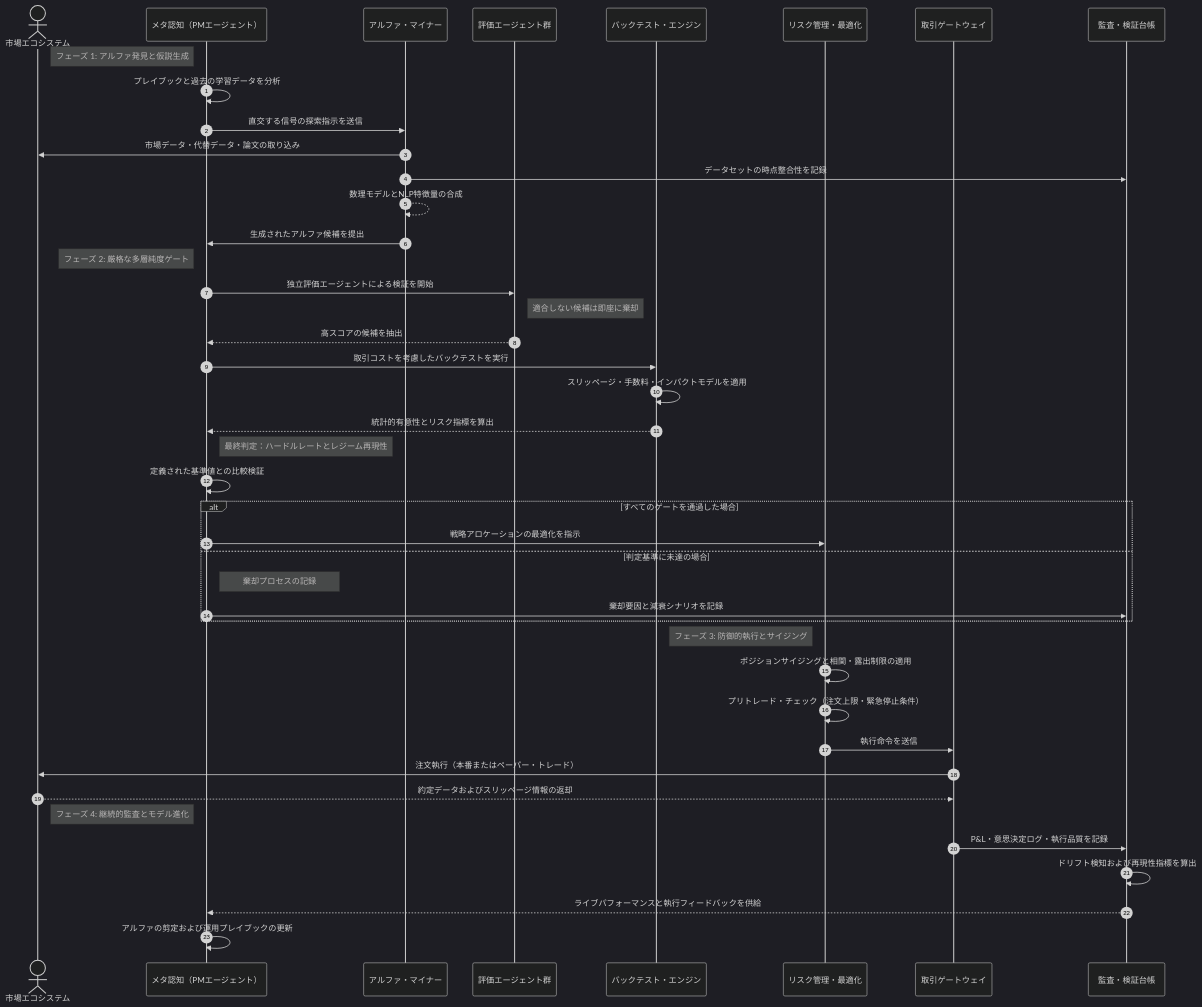
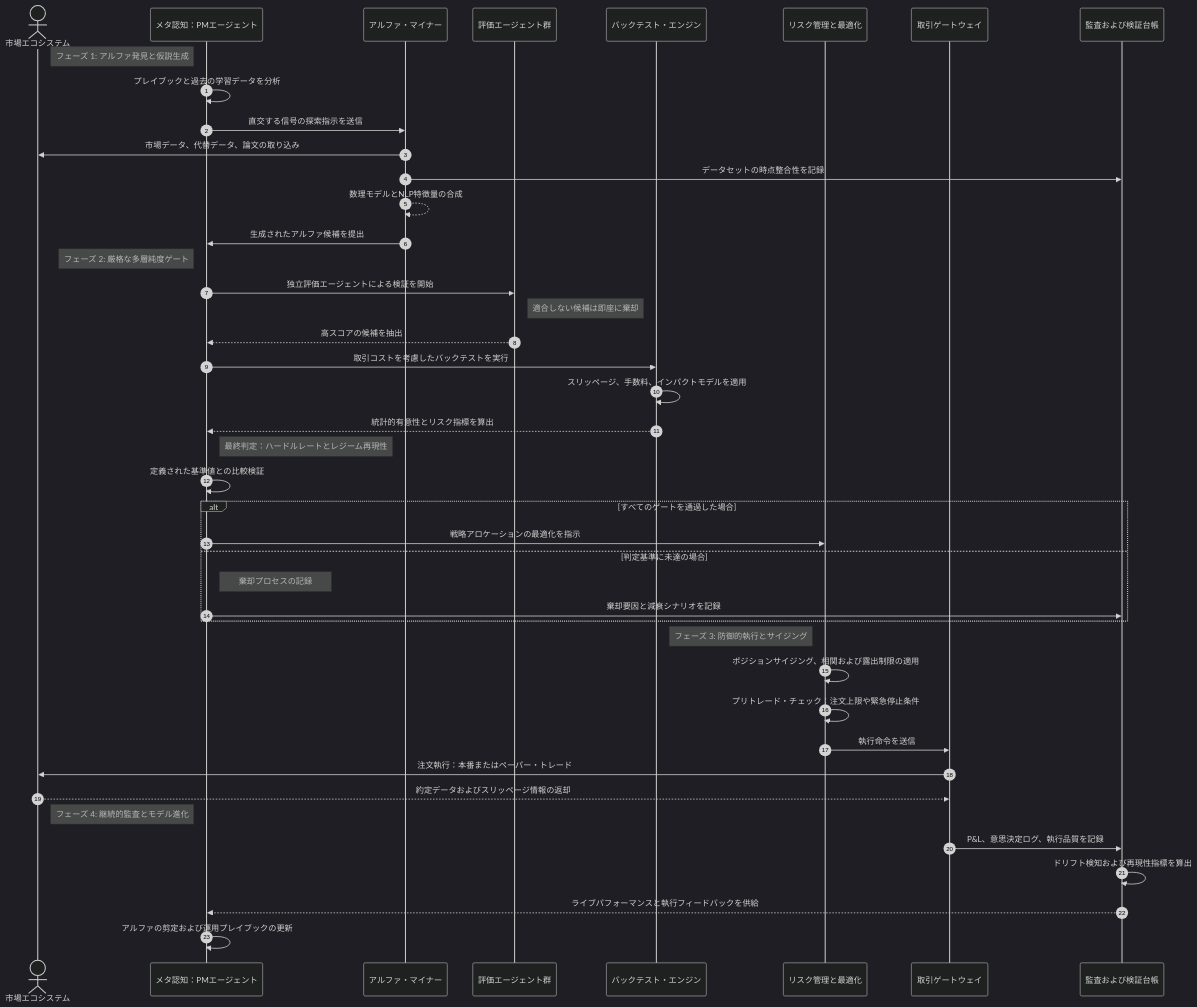
The diagram in docs/diagrams/sequence.md (KAFKA2306/investor), drawn with Mermaid (dark theme) before and after one commit. The commit also changed 3 other files, not shown here.

````diff
--- a/docs/diagrams/sequence.md
+++ b/docs/diagrams/sequence.md
@@ -3,52 +3,52 @@
 ```mermaid
 sequenceDiagram
     autonumber
     actor 市場 as 市場エコシステム
-    participant メタ as メタ認知（PMエージェント）
+    participant メタ as メタ認知：PMエージェント
     participant マイナー as アルファ・マイナー
     participant 評価 as 評価エージェント群
     participant シミュレータ as バックテスト・エンジン
-    participant リスク as リスク管理・最適化
+    participant リスク as リスク管理と最適化
     participant 執行 as 取引ゲートウェイ
-    participant 監査 as 監査・検証台帳
+    participant 監査 as 監査および検証台帳
 
     Note left of メタ: フェーズ 1: アルファ発見と仮説生成
     メタ->>メタ: プレイブックと過去の学習データを分析
     メタ->>マイナー: 直交する信号の探索指示を送信
-    マイナー->>市場: 市場データ・代替データ・論文の取り込み
+    マイナー->>市場: 市場データ、代替データ、論文の取り込み
     マイナー->>監査: データセットの時点整合性を記録
     マイナー-->>マイナー: 数理モデルとNLP特徴量の合成
     マイナー->>メタ: 生成されたアルファ候補を提出
 
     Note left of メタ: フェーズ 2: 厳格な多層純度ゲート
     メタ->>評価: 独立評価エージェントによる検証を開始
     Note right of 評価: 適合しない候補は即座に棄却
     評価-->>メタ: 高スコアの候補を抽出
     
     メタ->>シミュレータ: 取引コストを考慮したバックテストを実行
-    シミュレータ->>シミュレータ: スリッページ・手数料・インパクトモデルを適用
+    シミュレータ->>シミュレータ: スリッページ、手数料、インパクトモデルを適用
     シミュレータ-->>メタ: 統計的有意性とリスク指標を算出
     
     Note right of メタ: 最終判定：ハードルレートとレジーム再現性
     メタ->>メタ: 定義された基準値との比較検証
     
     alt すべてのゲートを通過した場合
         メタ->>リスク: 戦略アロケーションの最適化を指示
     else 判定基準に未達の場合
         Note right of メタ: 棄却プロセスの記録
         メタ->>監査: 棄却要因と減衰シナリオを記録
     end
 
     Note left of リスク: フェーズ 3: 防御的執行とサイジング
-    リスク->>リスク: ポジションサイジングと相関・露出制限の適用
-    リスク->>リスク: プリトレード・チェック（注文上限・緊急停止条件）
+    リスク->>リスク: ポジションサイジング、相関および露出制限の適用
+    リスク->>リスク: プリトレード・チェック：注文上限や緊急停止条件
     リスク->>執行: 執行命令を送信
-    執行->>市場: 注文執行（本番またはペーパー・トレード）
+    執行->>市場: 注文執行：本番またはペーパー・トレード
     市場-->>執行: 約定データおよびスリッページ情報の返却
 
     Note left of メタ: フェーズ 4: 継続的監査とモデル進化
-    執行->>監査: P&L・意思決定ログ・執行品質を記録
+    執行->>監査: P&L、意思決定ログ、執行品質を記録
     監査->>監査: ドリフト検知および再現性指標を算出
     監査-->>メタ: ライブパフォーマンスと執行フィードバックを供給
     メタ->>メタ: アルファの剪定および運用プレイブックの更新
 ```
````
